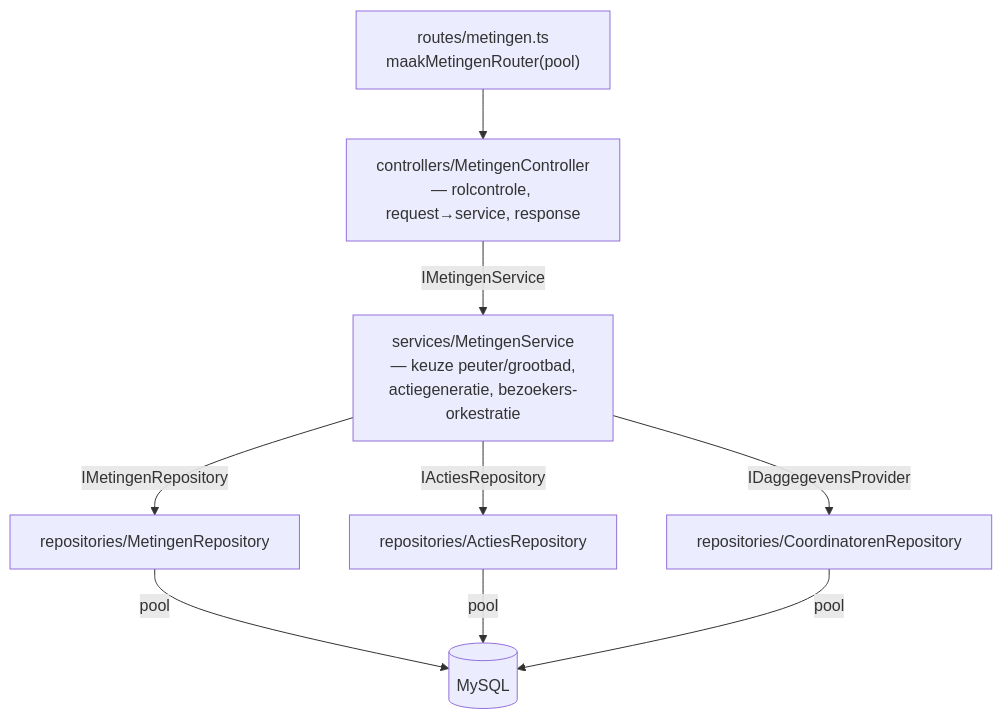
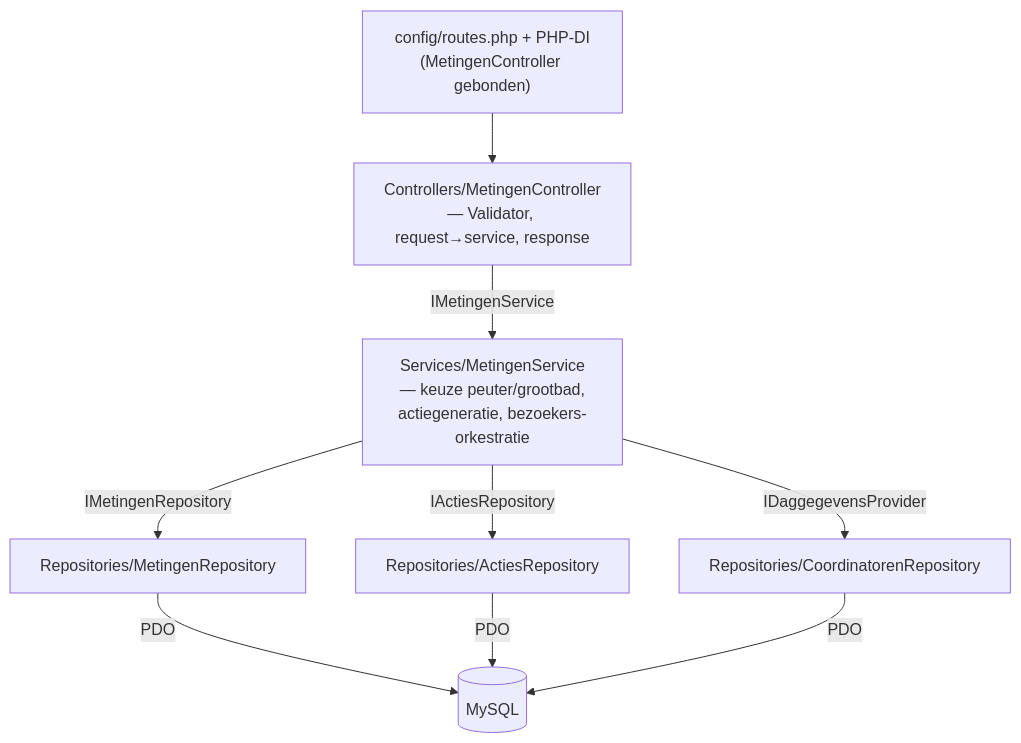
The second of 5 diagrams in docs/architecture/backend.md (pjgheijmans/NewSiteWaterbeheerDeBercken), drawn with Mermaid before and after one commit. The commit also changed other lines of this file and 5 other files, not shown here.

First line of the commit message:
docs: werk architectuurdocs bij naar de PHP-backend

````diff
--- a/docs/architecture/backend.md
+++ b/docs/architecture/backend.md
@@ -37,10 +38,10 @@
 ```mermaid
 graph TB
-    F["routes/metingen.ts\nmaakMetingenRouter(pool)"]
-    F --> Ctrl["controllers/MetingenController\n— rolcontrole, request→service, response"]
-    Ctrl -->|"IMetingenService"| Svc["services/MetingenService\n— keuze peuter/grootbad,\nactiegeneratie, bezoekers-orkestratie"]
-    Svc -->|"IMetingenRepository"| R1["repositories/MetingenRepository"]
-    Svc -->|"IActiesRepository"| R2["repositories/ActiesRepository"]
-    Svc -->|"IDaggegevensProvider"| R3["repositories/CoordinatorenRepository"]
-    R1 & R2 & R3 -->|"pool"| DB[("MySQL")]
+    F["config/routes.php + PHP-DI\n(MetingenController gebonden)"]
+    F --> Ctrl["Controllers/MetingenController\n— Validator, request→service, response"]
+    Ctrl -->|"IMetingenService"| Svc["Services/MetingenService\n— keuze peuter/grootbad,\nactiegeneratie, bezoekers-orkestratie"]
+    Svc -->|"IMetingenRepository"| R1["Repositories/MetingenRepository"]
+    Svc -->|"IActiesRepository"| R2["Repositories/ActiesRepository"]
+    Svc -->|"IDaggegevensProvider"| R3["Repositories/CoordinatorenRepository"]
+    R1 & R2 & R3 -->|"PDO"| DB[("MySQL")]
 ```
````
